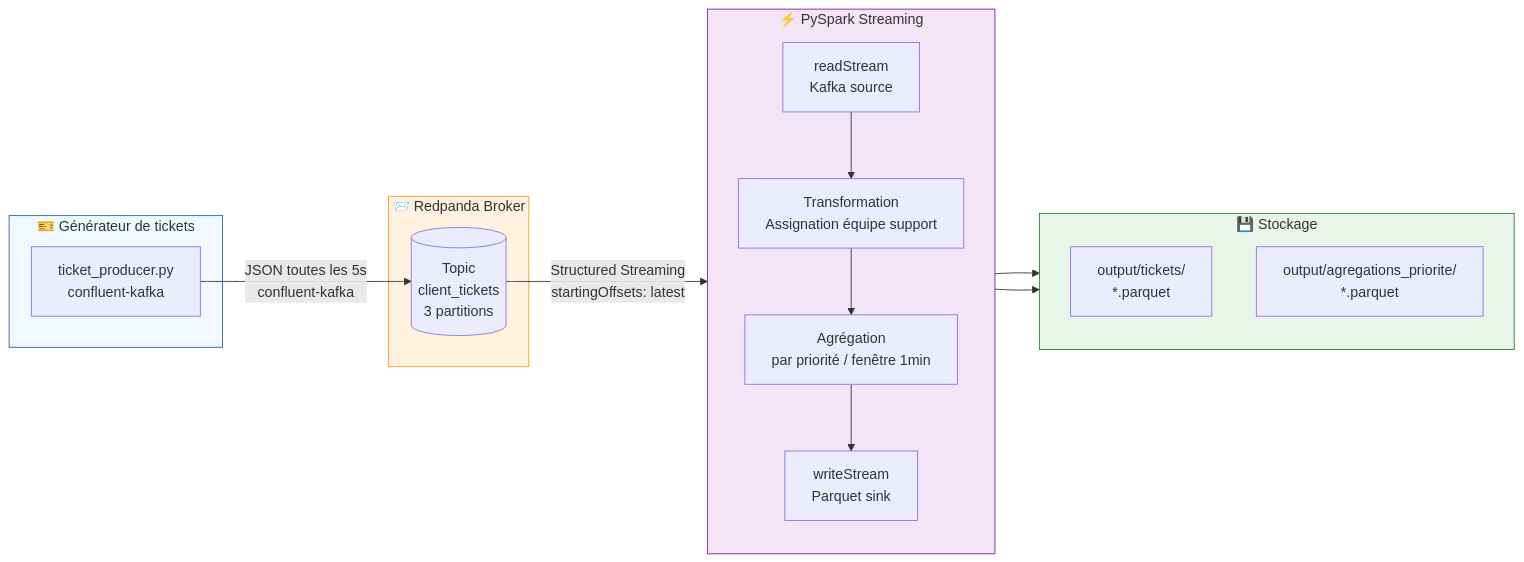
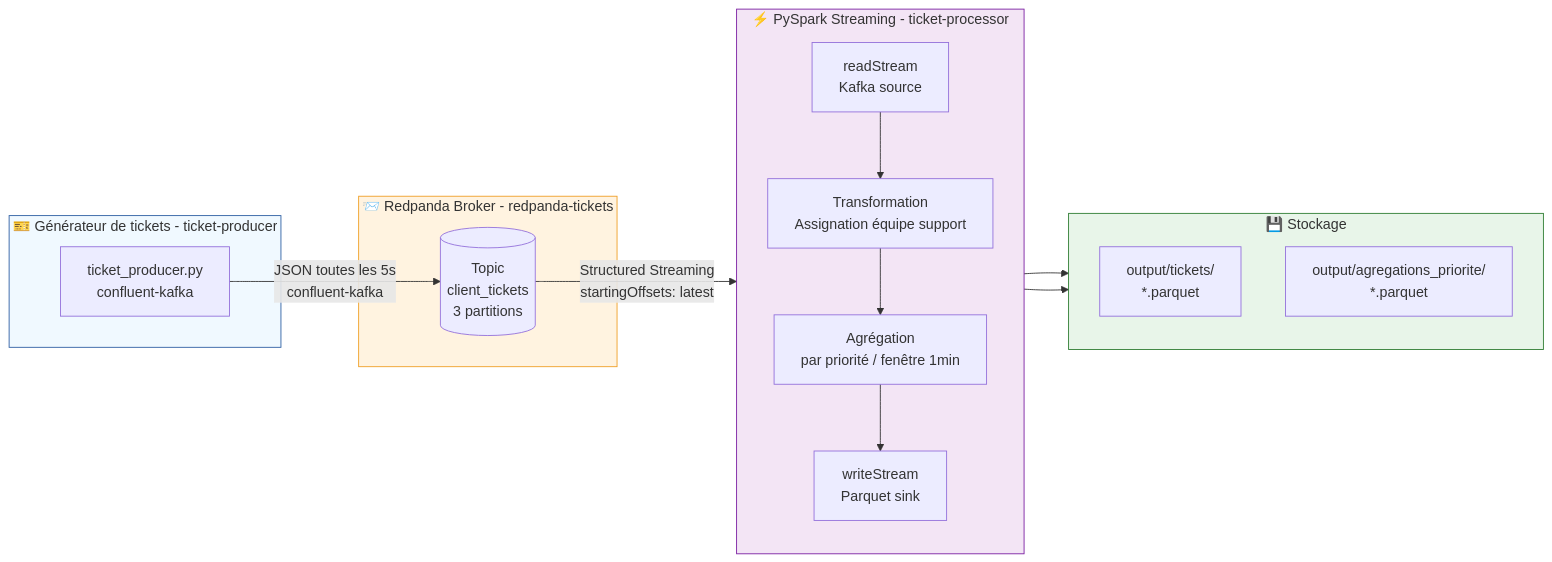
One commit to AxelFB1992/projet9 changed the diagram in ticket_management/README.md. Above: the diagram before and after it, drawn with Mermaid.

Commit message:
MAJ du fichier Readme.md de l'application ticket_management
J'ai rajouté les noms des services de mon application à côté de chaque entité

````diff
--- a/ticket_management/README.md
+++ b/ticket_management/README.md
@@ -16,35 +16,35 @@
 ```mermaid
 flowchart LR
-    subgraph Producer["🎫 Générateur de tickets"]
+    subgraph Producer["🎫 Générateur de tickets - ticket-producer"]
         P[ticket_producer.py\nconfluent-kafka]
     end
 
-    subgraph Redpanda["📨 Redpanda Broker"]
+    subgraph Redpanda["📨 Redpanda Broker - redpanda-tickets"]
         T[(Topic\nclient_tickets\n3 partitions)]
     end
 
-    subgraph Processor["⚡ PySpark Streaming"]
+    subgraph Processor["⚡ PySpark Streaming - ticket-processor"]
         direction TB
         R[readStream\nKafka source]
         T2[Transformation\nAssignation équipe support]
         A[Agrégation\npar priorité / fenêtre 1min]
         W[writeStream\nParquet sink]
         R --> T2 --> A --> W
     end
 
     subgraph Output["💾 Stockage"]
         direction TB
         F1[output/tickets/\n*.parquet]
         F2[output/agregations_priorite/\n*.parquet]
         W --> F1
         W --> F2
     end
 
     P -- "JSON toutes les 5s\nconfluent-kafka" --> T
     T -- "Structured Streaming\nstartingOffsets: latest" --> R
 
     style Producer fill:#f0f9ff,stroke:#2E5FA3
     style Redpanda fill:#fff3e0,stroke:#EF9F27
     style Processor fill:#f3e5f5,stroke:#7B1FA2
     style Output fill:#e8f5e9,stroke:#2E7D32
 ```
````
